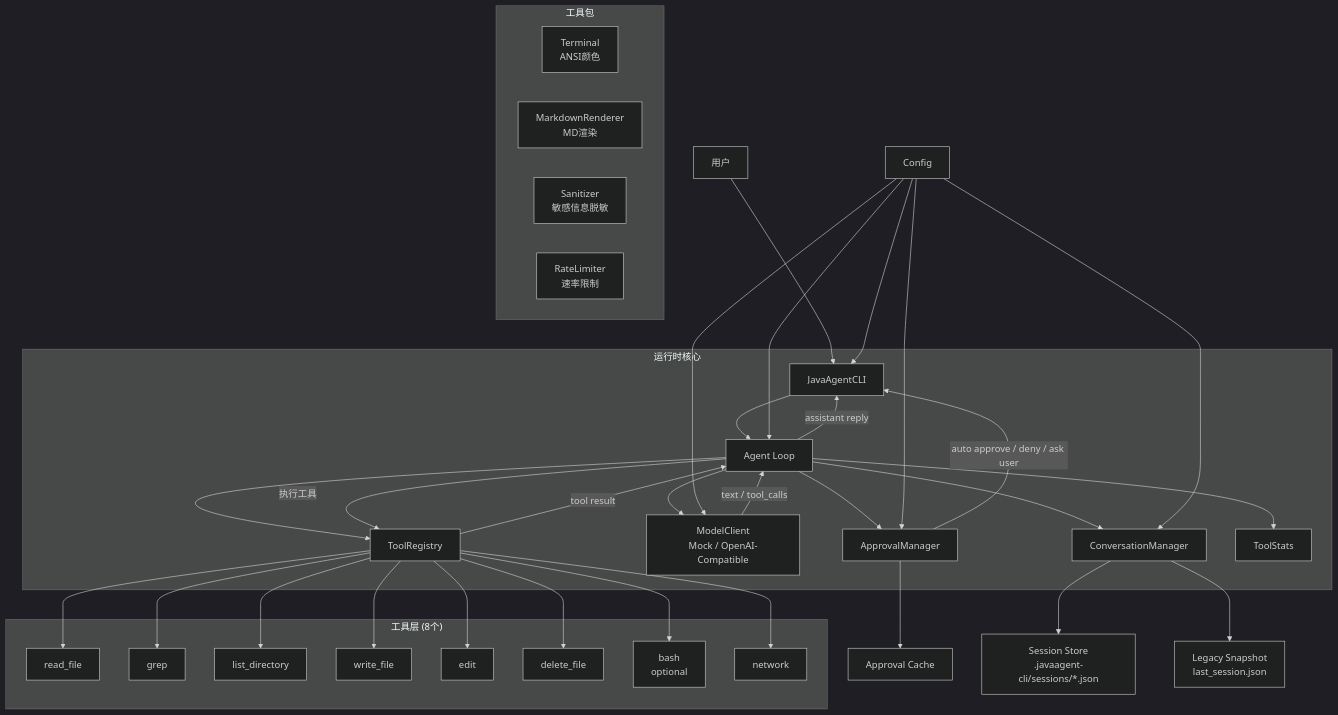
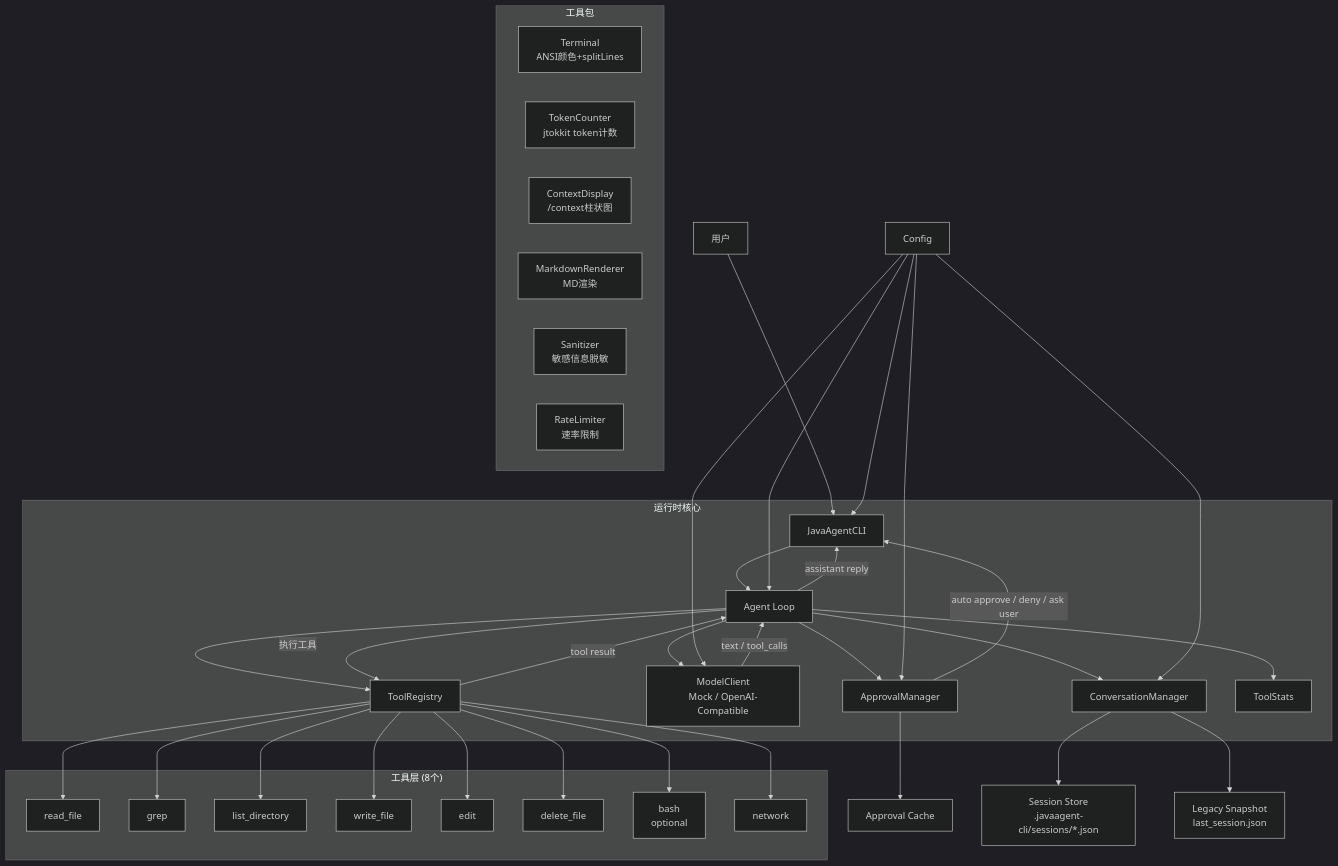
One commit to cuac333/JavaAgent-CLI changed the first of 2 diagrams in docs/architecture-report.md. Above: the diagram before and after it, drawn with Mermaid (dark theme). The commit also changed other lines of this file and 2 other files, not shown here.

First line of the commit message:
docs: update pseudocode and architecture report, remove defense script

````diff
--- a/docs/architecture-report.md
+++ b/docs/architecture-report.md
@@ -19,48 +19,50 @@
 ```mermaid
 flowchart TB
     U["用户"] --> CLI["JavaAgentCLI"]
 
     subgraph Runtime["运行时核心"]
         CLI --> AG["Agent Loop"]
         AG --> CM["ConversationManager"]
         AG --> MC["ModelClient<br/>Mock / OpenAI-Compatible"]
         AG --> TR["ToolRegistry"]
         AG --> AM["ApprovalManager"]
         AG --> TS["ToolStats"]
     end
 
     subgraph Tools["工具层 (8个)"]
         TR --> RF["read_file"]
         TR --> GP["grep"]
         TR --> LD["list_directory"]
         TR --> WF["write_file"]
         TR --> ED["edit"]
         TR --> DF["delete_file"]
         TR --> BH["bash<br/>optional"]
         TR --> NT["network"]
     end
 
     subgraph Util["工具包"]
-        TU["Terminal<br/>ANSI颜色"]
+        TU["Terminal<br/>ANSI颜色+splitLines"]
+        TK["TokenCounter<br/>jtokkit token计数"]
+        CD["ContextDisplay<br/>/context柱状图"]
         TM["MarkdownRenderer<br/>MD渲染"]
         SA["Sanitizer<br/>敏感信息脱敏"]
         RL["RateLimiter<br/>速率限制"]
     end
 
     MC -->|"text / tool_calls"| AG
     AG -->|"执行工具"| TR
     TR -->|"tool result"| AG
     AG -->|"assistant reply"| CLI
 
     AM -->|"auto approve / deny / ask user"| CLI
     AM --> AC["Approval Cache"]
 
     CM --> SS["Session Store<br/>.javaagent-cli/sessions/*.json"]
     CM --> LS["Legacy Snapshot<br/>last_session.json"]
 
     CFG["Config"] --> CLI
     CFG --> AG
     CFG --> AM
     CFG --> CM
     CFG --> MC
 ```
````
